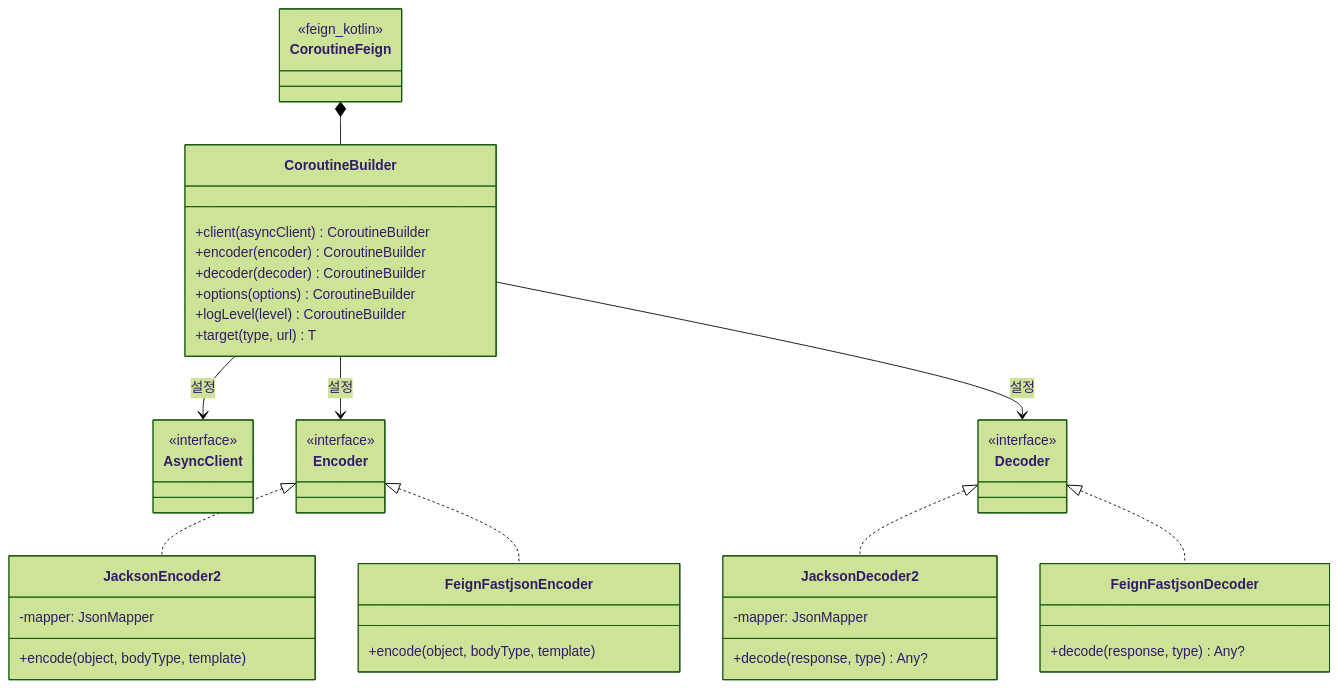
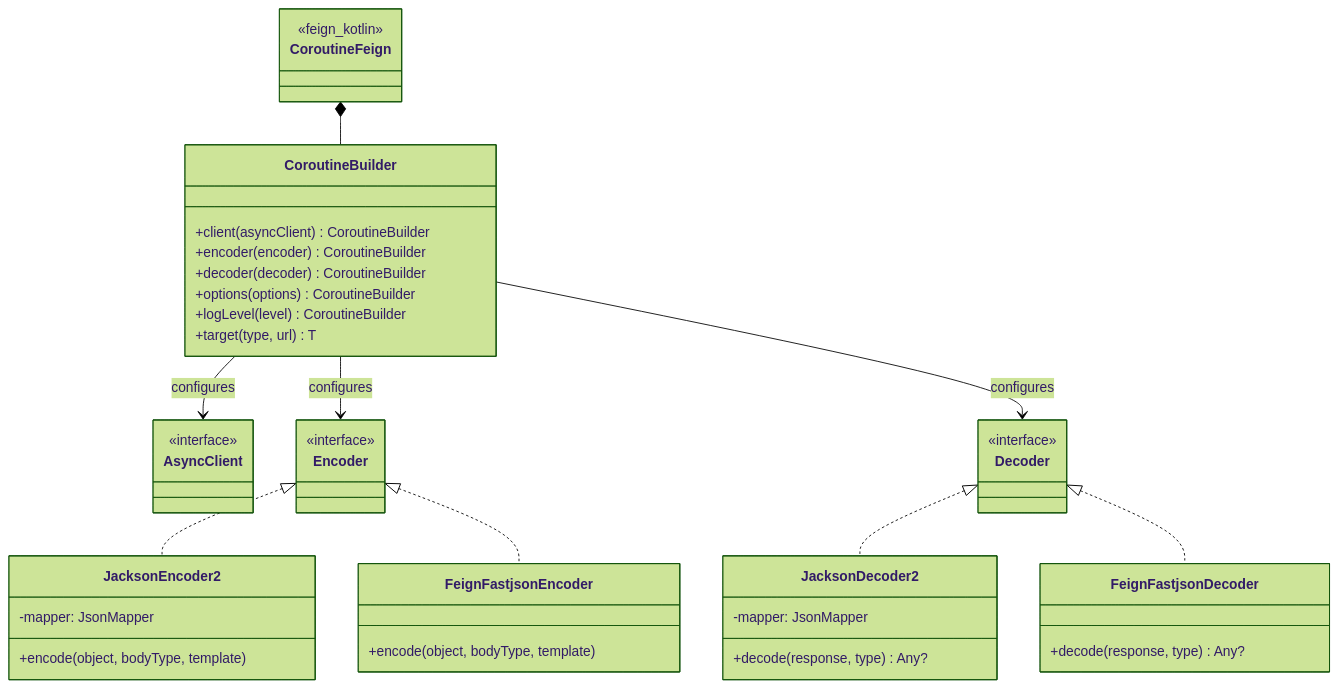
Before and after one commit to bluetape4k/bluetape4k-projects: the second of 3 diagrams in io/feign/README.md, drawn with Mermaid (forest theme). The commit also changed other lines of this file and 265 other files, not shown here.

````diff
--- a/io/feign/README.md
+++ b/io/feign/README.md
@@ -206,55 +208,55 @@
 ```mermaid
 classDiagram
     class CoroutineFeign {
         <<feign_kotlin>>
     }
 
     class CoroutineBuilder {
         +client(asyncClient) CoroutineBuilder
         +encoder(encoder) CoroutineBuilder
         +decoder(decoder) CoroutineBuilder
         +options(options) CoroutineBuilder
         +logLevel(level) CoroutineBuilder
         +target(type, url) T
     }
 
     class AsyncClient {
         <<interface>>
     }
 
     class Encoder {
         <<interface>>
     }
 
     class Decoder {
         <<interface>>
     }
 
     class JacksonEncoder2 {
         -mapper: JsonMapper
         +encode(object, bodyType, template)
     }
 
     class JacksonDecoder2 {
         -mapper: JsonMapper
         +decode(response, type) Any?
     }
 
     class FeignFastjsonEncoder {
         +encode(object, bodyType, template)
     }
 
     class FeignFastjsonDecoder {
         +decode(response, type) Any?
     }
 
     CoroutineFeign *-- CoroutineBuilder
-    CoroutineBuilder --> AsyncClient : 설정
-    CoroutineBuilder --> Encoder : 설정
-    CoroutineBuilder --> Decoder : 설정
+    CoroutineBuilder --> AsyncClient : configures
+    CoroutineBuilder --> Encoder : configures
+    CoroutineBuilder --> Decoder : configures
     Encoder <|.. JacksonEncoder2
     Decoder <|.. JacksonDecoder2
     Encoder <|.. FeignFastjsonEncoder
     Decoder <|.. FeignFastjsonDecoder
 
 ```
````
